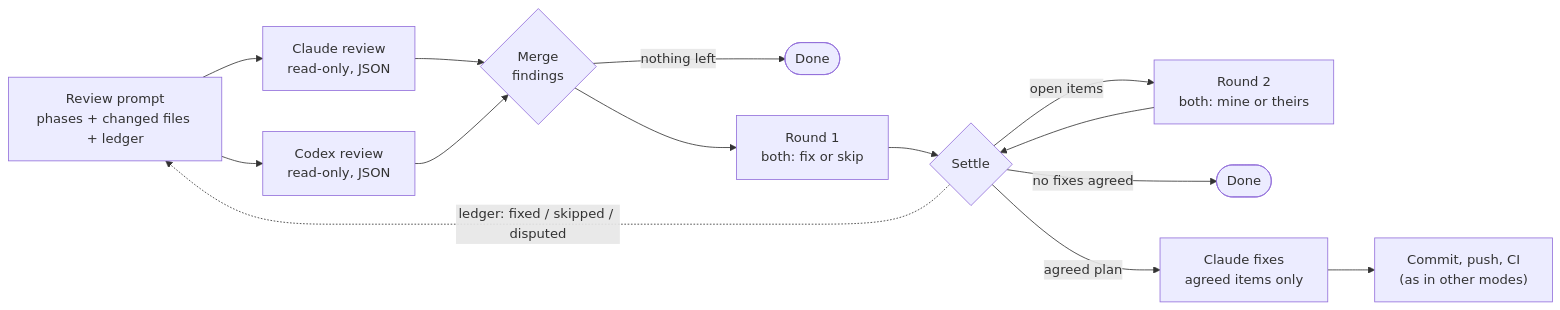
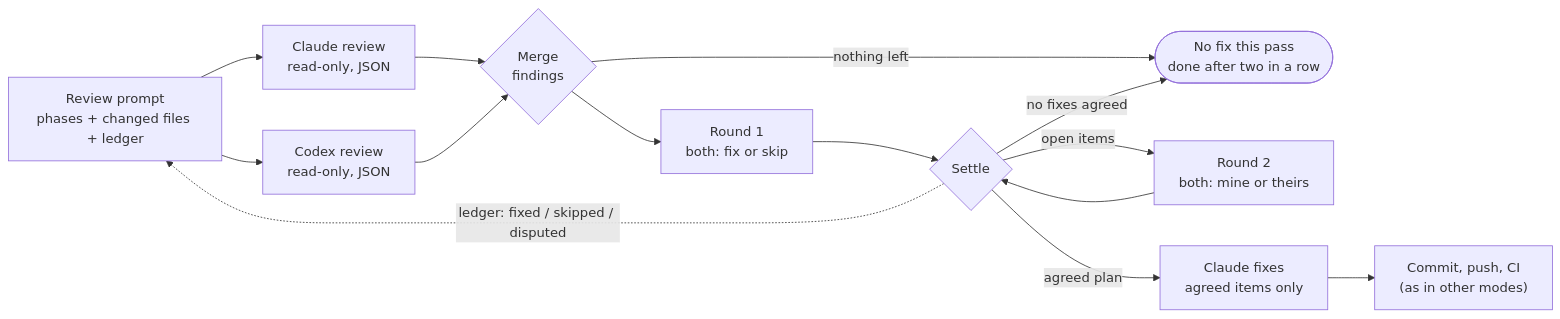
Before and after one commit to ktenman/iterative-improve: the first of 2 diagrams in README.md, drawn with Mermaid. The commit also changed other lines of this file and 4 other files, not shown here.

Commit message:
Stop council after two passes without a fix

````diff
--- a/README.md
+++ b/README.md
@@ -158,16 +158,16 @@
 ```mermaid
 flowchart LR
     P["Review prompt<br/>phases + changed files + ledger"] --> RC["Claude review<br/>read-only, JSON"]
     P --> RX["Codex review<br/>read-only, JSON"]
     RC --> M{"Merge<br/>findings"}
     RX --> M
-    M -- nothing left --> STOP1(["Done"])
+    M -- nothing left --> NF(["No fix this pass<br/>done after two in a row"])
     M --> R1["Round 1<br/>both: fix or skip"]
     R1 --> S{"Settle"}
     S -- open items --> R2["Round 2<br/>both: mine or theirs"]
     R2 --> S
-    S -- no fixes agreed --> STOP2(["Done"])
+    S -- no fixes agreed --> NF
     S -- agreed plan --> F["Claude fixes<br/>agreed items only"]
     F --> C["Commit, push, CI<br/>(as in other modes)"]
     S -. ledger: fixed / skipped / disputed .-> P
 ```
````
